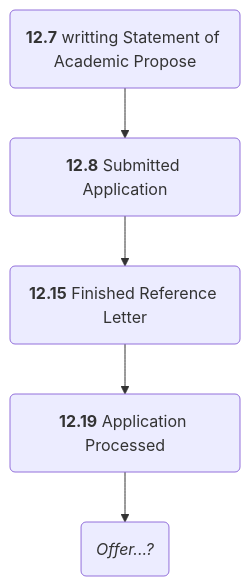
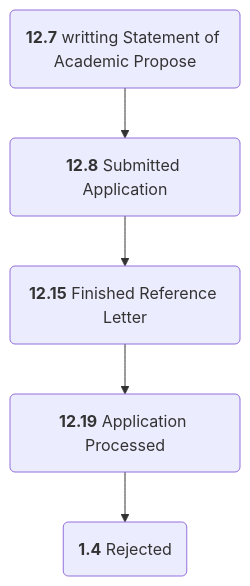
One commit to Revive-dontwanttocode/Revive-dontwanttocode.github.io changed the ninth of 14 diagrams in _posts/2023-12-15-24Fall申请记录.md. Above: the diagram before and after it, drawn with Mermaid. The commit also changed other lines of this file and 2 other files, not shown here.

````diff
--- a/_posts/2023-12-15-24Fall申请记录.md
+++ b/_posts/2023-12-15-24Fall申请记录.md
@@ -175,10 +183,10 @@
 ```mermaid
 flowchart 
 SAP("`**12.7** writting Statement of Academic Propose`")
 Submit("`**12.8** Submitted Application`")
 Reference("`**12.15** Finished Reference Letter`")
 Proceed("`**12.19** Application Processed`")
-Offer("`*Offer...?*`")
-SAP --> Submit --> Reference --> Proceed --> Offer
+Reject("`**1.4** Rejected`")
+SAP --> Submit --> Reference --> Proceed --> Reject
 
 ```
````
